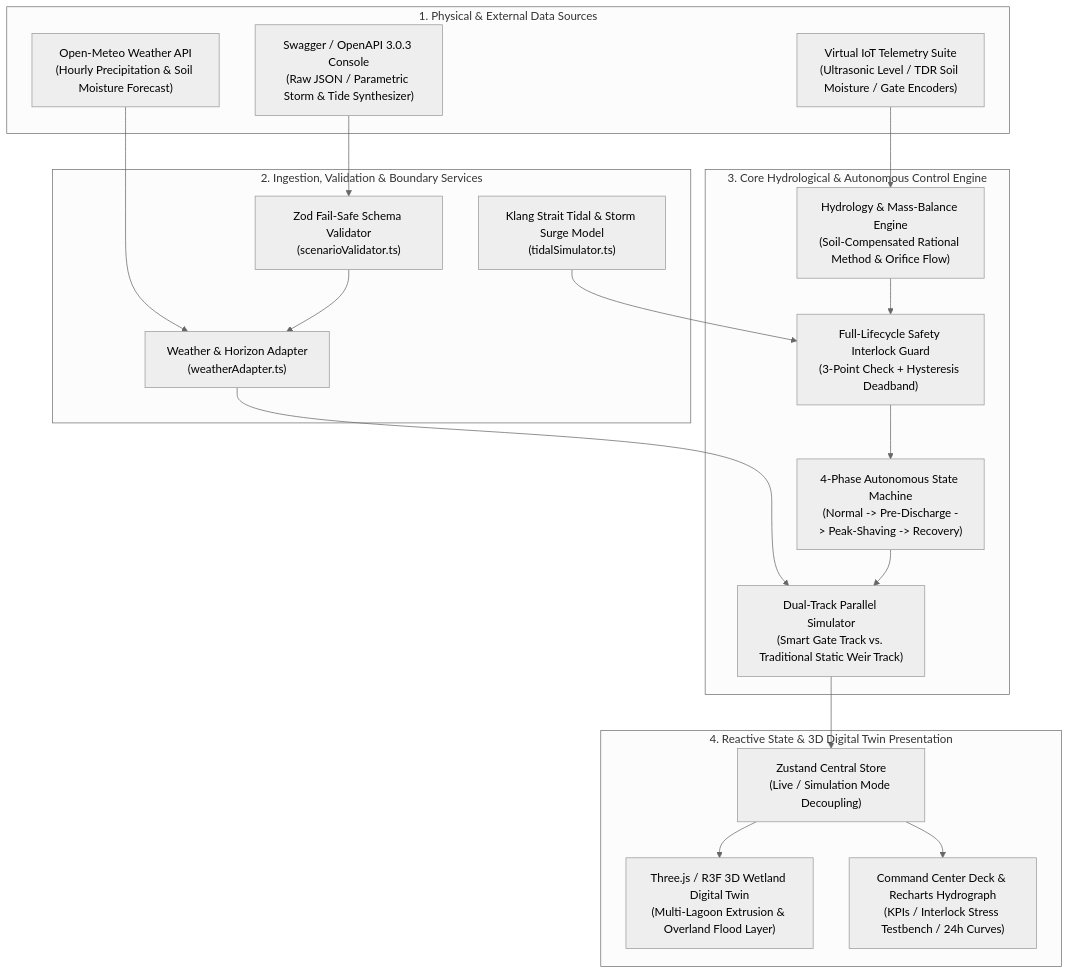
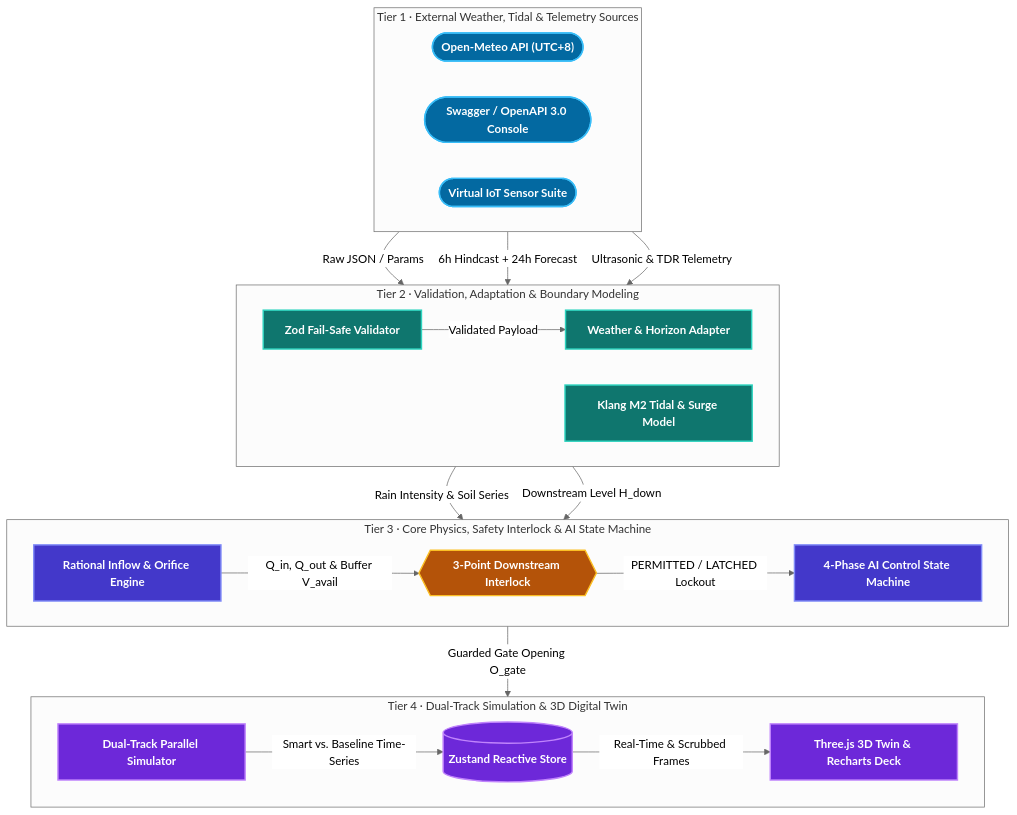
One commit to TanZW1129/AI-Driven-Hydrological-Intelligence-Predictive-Wetland-Balancing-System changed the diagram in README.md. Above: the diagram before and after it, drawn with Mermaid (neutral theme). The commit also changed other lines of this file, not shown here.

Commit message:
docs: fix LaTeX subscript error in Section 8 and redesign Section 3 architecture flowchart

````diff
--- a/README.md
+++ b/README.md
@@ -54,42 +56,62 @@
 ```mermaid
-flowchart TD
-    subgraph Layer1["1. Physical & External Data Sources"]
-        Sensors["Virtual IoT Telemetry Suite<br/>(Ultrasonic Level / TDR Soil Moisture / Gate Encoders)"]
-        OpenMeteo["Open-Meteo Weather API<br/>(Hourly Precipitation & Soil Moisture Forecast)"]
-        SwaggerInput["Swagger / OpenAPI 3.0.3 Console<br/>(Raw JSON / Parametric Storm & Tide Synthesizer)"]
+flowchart TB
+    subgraph T1["Tier 1 · External Weather, Tidal & Telemetry Sources"]
+        direction LR
+        OpenMeteo(["Open-Meteo API (UTC+8)"])
+        SwaggerUI(["Swagger / OpenAPI 3.0 Console"])
+        IoTSensors(["Virtual IoT Sensor Suite"])
     end
 
-    subgraph Layer2["2. Ingestion, Validation & Boundary Services"]
-        Validator["Zod Fail-Safe Schema Validator<br/>(scenarioValidator.ts)"]
-        WeatherAdapter["Weather & Horizon Adapter<br/>(weatherAdapter.ts)"]
-        TidalEngine["Klang Strait Tidal & Storm Surge Model<br/>(tidalSimulator.ts)"]
+    subgraph T2["Tier 2 · Validation, Adaptation & Boundary Modeling"]
+        direction LR
+        ZodValidator["Zod Fail-Safe Validator"]
+        WeatherAdapter["Weather & Horizon Adapter"]
+        TidalModel["Klang M2 Tidal & Surge Model"]
     end
 
-    subgraph Layer3["3. Core Hydrological & Autonomous Control Engine"]
-        Hydrology["Hydrology & Mass-Balance Engine<br/>(Soil-Compensated Rational Method & Orifice Flow)"]
-        Interlock["Full-Lifecycle Safety Interlock Guard<br/>(3-Point Check + Hysteresis Deadband)"]
-        StateMachine["4-Phase Autonomous State Machine<br/>(Normal -> Pre-Discharge -> Peak-Shaving -> Recovery)"]
-        DualTrack["Dual-Track Parallel Simulator<br/>(Smart Gate Track vs. Traditional Static Weir Track)"]
+    subgraph T3["Tier 3 · Core Physics, Safety Interlock & AI State Machine"]
+        direction LR
+        HydroEngine["Rational Inflow & Orifice Engine"]
+        SafetyGuard{{"3-Point Downstream Interlock"}}
+        StateMachine["4-Phase AI Control State Machine"]
     end
 
-    subgraph Layer4["4. Reactive State & 3D Digital Twin Presentation"]
-        Store["Zustand Central Store<br/>(Live / Simulation Mode Decoupling)"]
-        ThreeViewport["Three.js / R3F 3D Wetland Digital Twin<br/>(Multi-Lagoon Extrusion & Overland Flood Layer)"]
-        CommandDeck["Command Center Deck & Recharts Hydrograph<br/>(KPIs / Interlock Stress Testbench / 24h Curves)"]
+    subgraph T4["Tier 4 · Dual-Track Simulation & 3D Digital Twin"]
+        direction LR
+        DualSim["Dual-Track Parallel Simulator"]
+        ZustandStore[("Zustand Reactive Store")]
+        TwinUI["Three.js 3D Twin & Recharts Deck"]
     end
 
-    Sensors --> Hydrology
-    OpenMeteo --> WeatherAdapter
-    SwaggerInput --> Validator
-    Validator --> WeatherAdapter
-    TidalEngine --> Interlock
+    %% Tier 1 -> Tier 2
+    SwaggerUI -->|Raw JSON / Params| ZodValidator
+    OpenMeteo -->|6h Hindcast + 24h Forecast| WeatherAdapter
+    IoTSensors -->|Ultrasonic & TDR Telemetry| TidalModel
+    ZodValidator -->|Validated Payload| WeatherAdapter
 
-    WeatherAdapter --> DualTrack
-    Hydrology --> Interlock
-    Interlock --> StateMachine
-    StateMachine --> DualTrack
-    DualTrack --> Store
+    %% Tier 2 -> Tier 3
+    WeatherAdapter -->|Rain Intensity & Soil Series| HydroEngine
+    TidalModel -->|Downstream Level H_down| SafetyGuard
 
-    Store --> ThreeViewport
-    Store --> CommandDeck
+    %% Tier 3 Internal Closed Loop
+    HydroEngine -->|Q_in, Q_out & Buffer V_avail| SafetyGuard
+    SafetyGuard -->|PERMITTED / LATCHED Lockout| StateMachine
+
+    %% Tier 3 -> Tier 4
+    StateMachine -->|Guarded Gate Opening O_gate| DualSim
+    DualSim -->|Smart vs. Baseline Time-Series| ZustandStore
+    ZustandStore -->|Real-Time & Scrubbed Frames| TwinUI
+
+    %% Enterprise Color Styling
+    classDef sourceNode fill:#0369a1,stroke:#38bdf8,stroke-width:2px,color:#ffffff,font-weight:bold
+    classDef adapterNode fill:#0f766e,stroke:#2dd4bf,stroke-width:2px,color:#ffffff,font-weight:bold
+    classDef coreNode fill:#4338ca,stroke:#818cf8,stroke-width:2px,color:#ffffff,font-weight:bold
+    classDef guardNode fill:#b45309,stroke:#fbbf24,stroke-width:2px,color:#ffffff,font-weight:bold
+    classDef viewNode fill:#6d28d9,stroke:#c084fc,stroke-width:2px,color:#ffffff,font-weight:bold
+
+    class OpenMeteo,SwaggerUI,IoTSensors sourceNode
+    class ZodValidator,WeatherAdapter,TidalModel adapterNode
+    class HydroEngine,StateMachine coreNode
+    class SafetyGuard guardNode
+    class DualSim,ZustandStore,TwinUI viewNode
 ```
````
